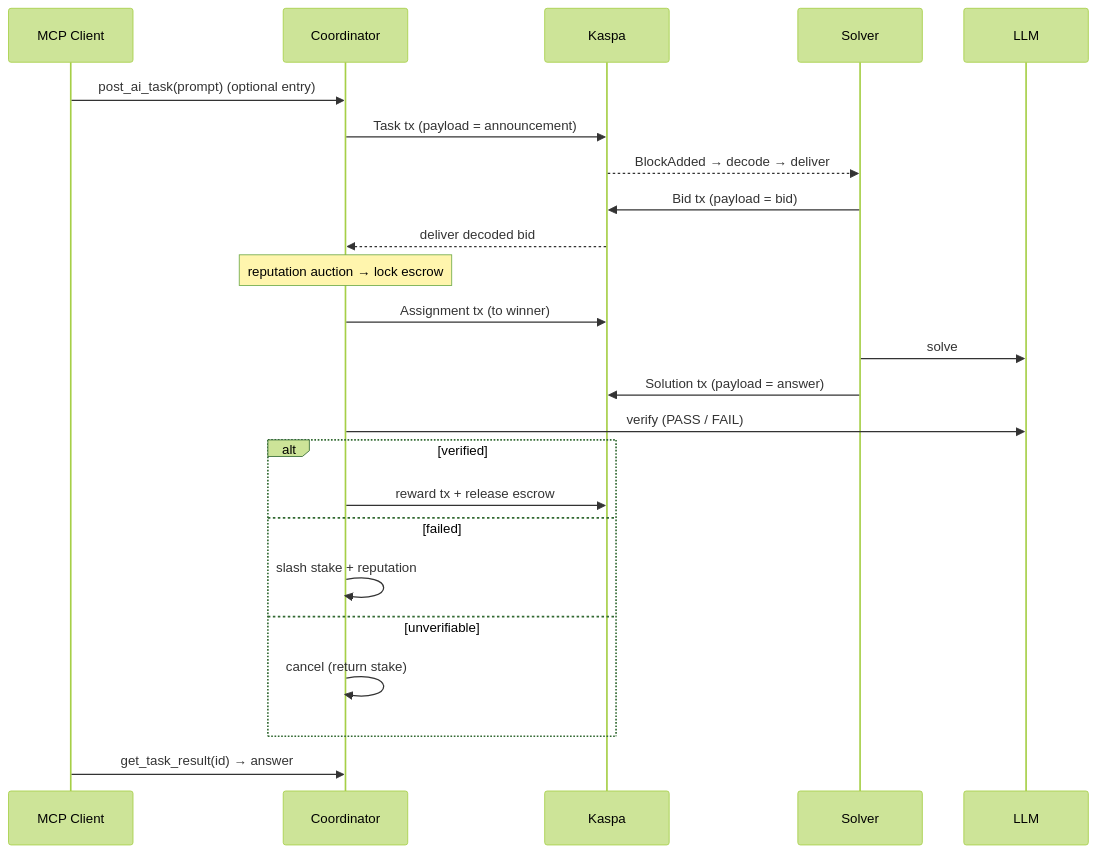
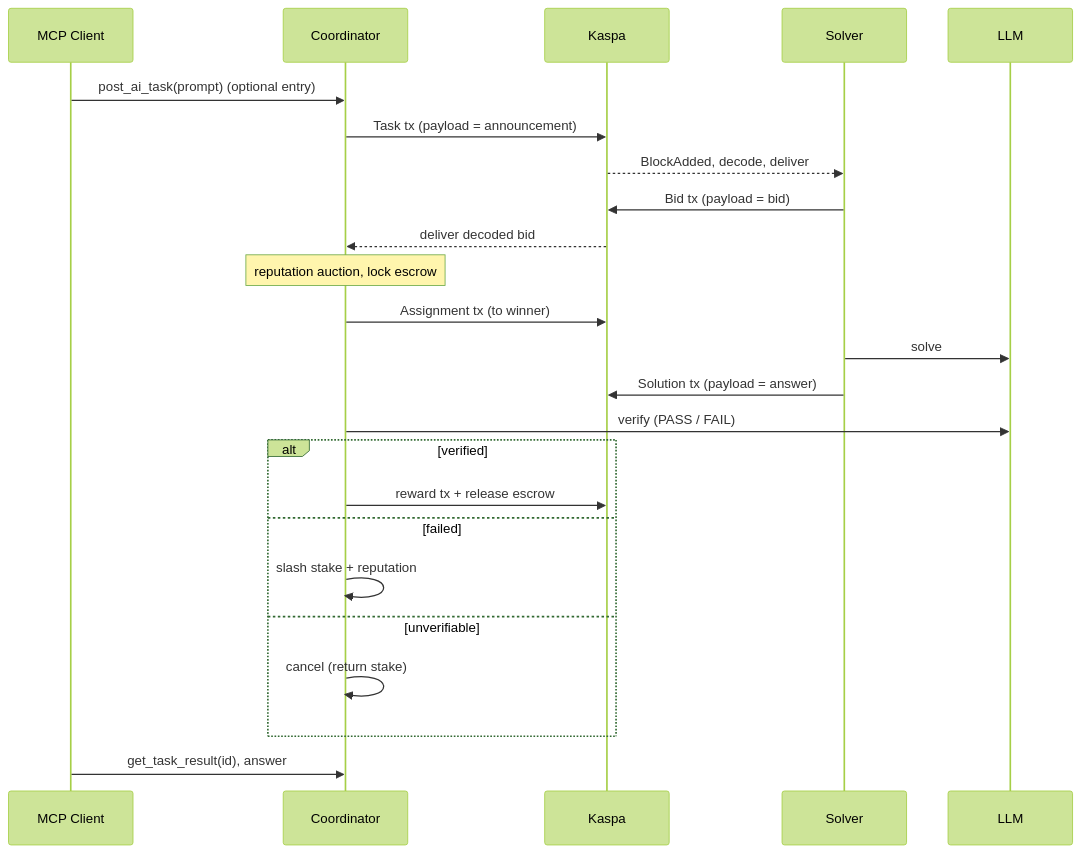
Before and after one commit to Nihal-Pandey-2302/kaspaswarm: the second of 2 diagrams in README.md, drawn with Mermaid (forest theme). The commit also changed other lines of this file, not shown here.

````diff
--- a/README.md
+++ b/README.md
@@ -115,27 +115,27 @@
 ```mermaid
 sequenceDiagram
     participant M as MCP Client
     participant C as Coordinator
     participant K as Kaspa
     participant S as Solver
     participant L as LLM
 
     M->>C: post_ai_task(prompt)  (optional entry)
     C->>K: Task tx (payload = announcement)
-    K-->>S: BlockAdded → decode → deliver
+    K-->>S: BlockAdded, decode, deliver
     S->>K: Bid tx (payload = bid)
     K-->>C: deliver decoded bid
-    Note over C: reputation auction → lock escrow
+    Note over C: reputation auction, lock escrow
     C->>K: Assignment tx (to winner)
     S->>L: solve
     S->>K: Solution tx (payload = answer)
     C->>L: verify (PASS / FAIL)
     alt verified
         C->>K: reward tx + release escrow
     else failed
         C->>C: slash stake + reputation
     else unverifiable
         C->>C: cancel (return stake)
     end
-    M->>C: get_task_result(id) → answer
+    M->>C: get_task_result(id), answer
 ```
````
